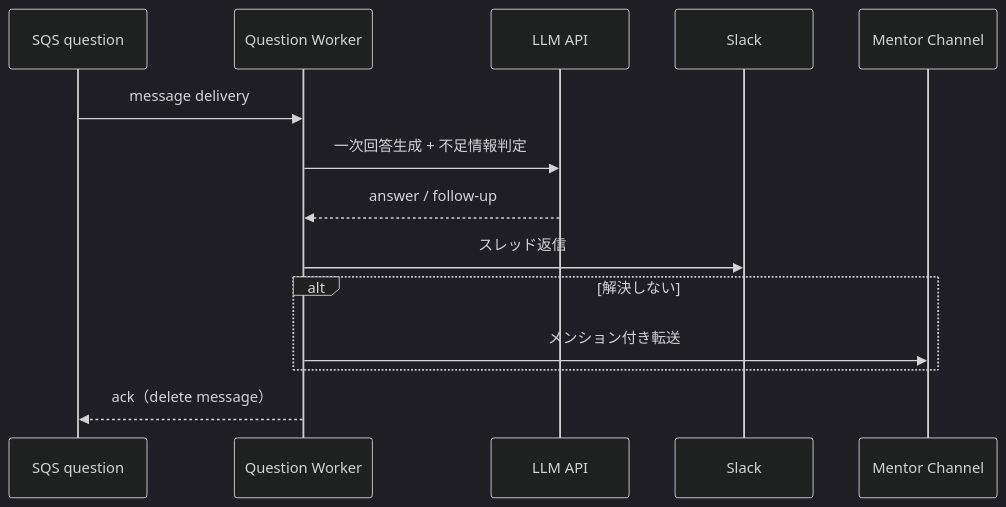
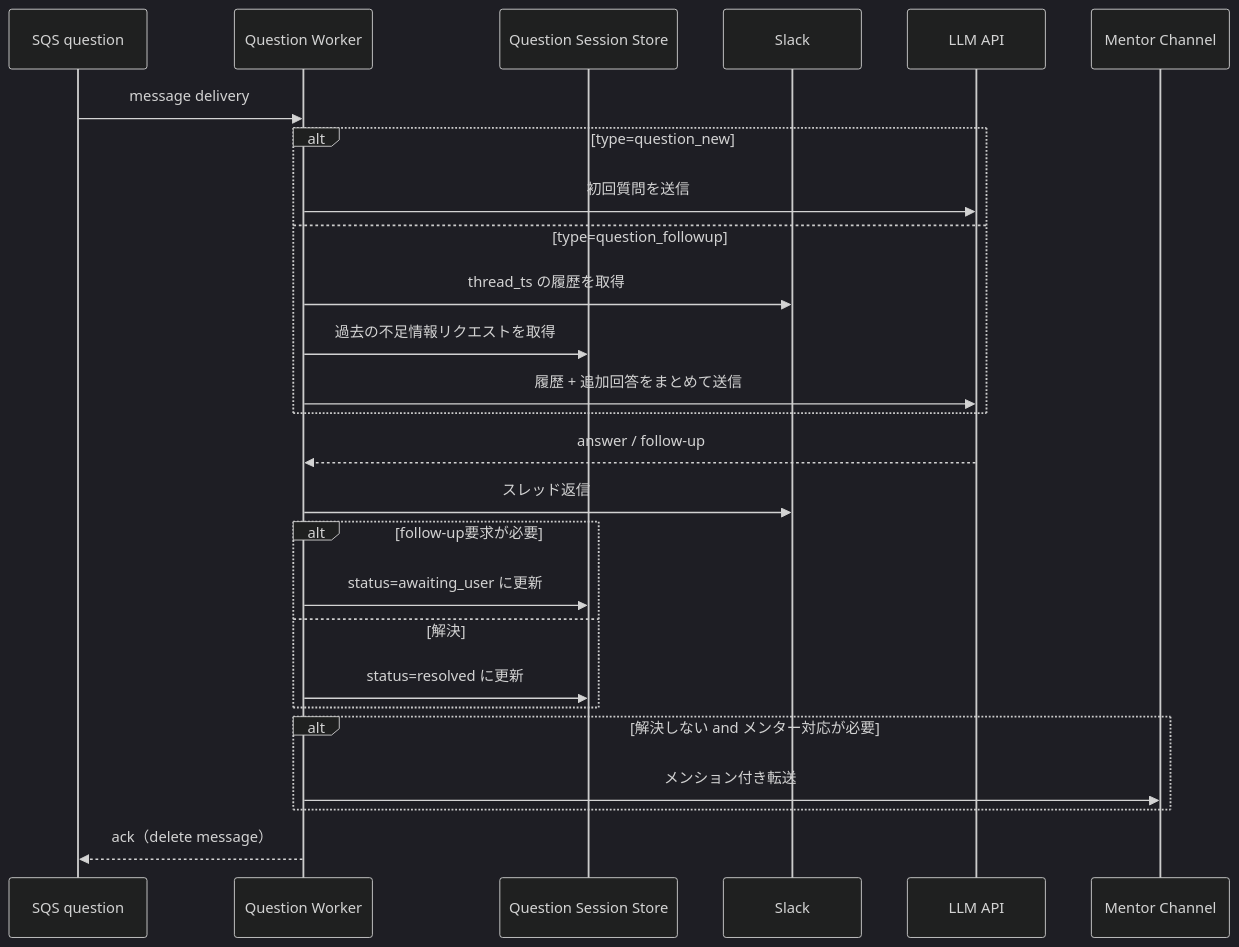
One commit to Asheze1127/progress-checker changed the sixth of 10 diagrams in docs/details/process-flow.md. Above: the diagram before and after it, drawn with Mermaid (dark theme). The commit also changed other lines of this file, not shown here.

Commit message:
update question section logic

````diff
--- a/docs/details/process-flow.md
+++ b/docs/details/process-flow.md
@@ -123,19 +139,34 @@
 ```mermaid
 sequenceDiagram
     participant SQSQ as SQS question
     participant W as Question Worker
+    participant QSS as Question Session Store
+    participant Slack as Slack
     participant LLM as LLM API
-    participant Slack as Slack
     participant Mentor as Mentor Channel
 
     SQSQ->>W: message delivery
-    W->>LLM: 一次回答生成 + 不足情報判定
+
+    alt type=question_new
+        W->>LLM: 初回質問を送信
+    else type=question_followup
+        W->>Slack: thread_ts の履歴を取得
+        W->>QSS: 過去の不足情報リクエストを取得
+        W->>LLM: 履歴 + 追加回答をまとめて送信
+    end
+
     LLM-->>W: answer / follow-up
     W->>Slack: スレッド返信
 
-    alt 解決しない
+    alt follow-up要求が必要
+        W->>QSS: status=awaiting_user に更新
+    else 解決
+        W->>QSS: status=resolved に更新
+    end
+
+    alt 解決しない and メンター対応が必要
         W->>Mentor: メンション付き転送
     end
 
     W-->>SQSQ: ack（delete message）
 ```
````
